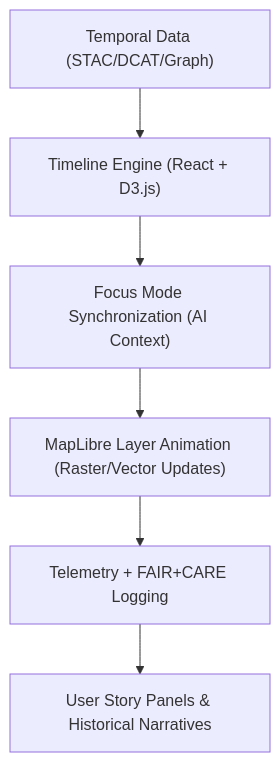
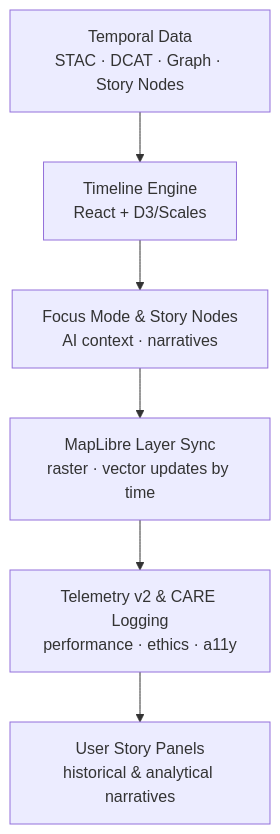
Before and after one commit to bartytime4life/Kansas-Frontier-Matrix: the diagram in docs/guides/visualization/timeline-visualization.md, drawn with Mermaid. The commit also changed other lines of this file, not shown here.

`````diff
--- a/docs/guides/visualization/timeline-visualization.md
+++ b/docs/guides/visualization/timeline-visualization.md
@@ -61,8 +85,9 @@
 ```mermaid
 flowchart TD
-A["Temporal Data (STAC/DCAT/Graph)"] --> B["Timeline Engine (React + D3.js)"]
-B --> C["Focus Mode Synchronization (AI Context)"]
-C --> D["MapLibre Layer Animation (Raster/Vector Updates)"]
-D --> E["Telemetry + FAIR+CARE Logging"]
-E --> F["User Story Panels & Historical Narratives"]
-```
+
+A["Temporal Data<br/>STAC · DCAT · Graph · Story Nodes"] --> B["Timeline Engine<br/>React + D3/Scales"]
+B --> C["Focus Mode & Story Nodes<br/>AI context · narratives"]
+C --> D["MapLibre Layer Sync<br/>raster · vector updates by time"]
+D --> E["Telemetry v2 & CARE Logging<br/>performance · ethics · a11y"]
+E --> F["User Story Panels<br/>historical & analytical narratives"]
+````
`````
